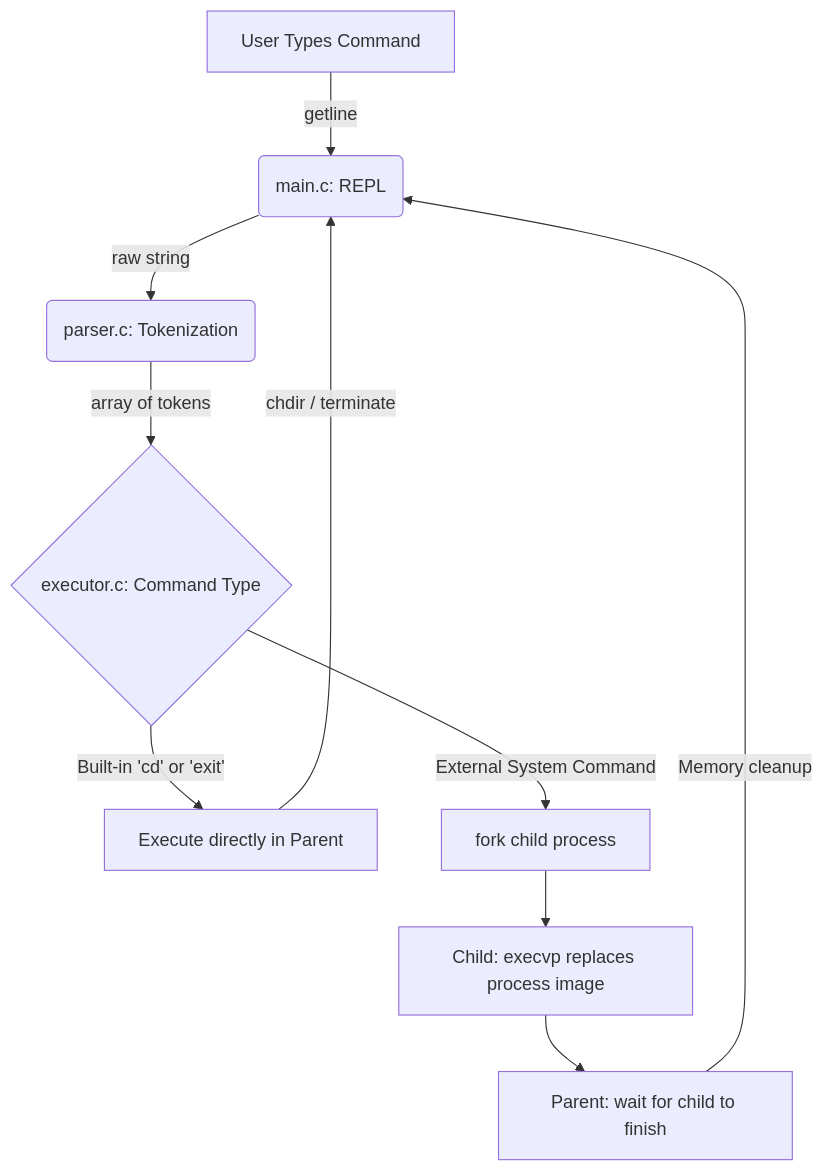
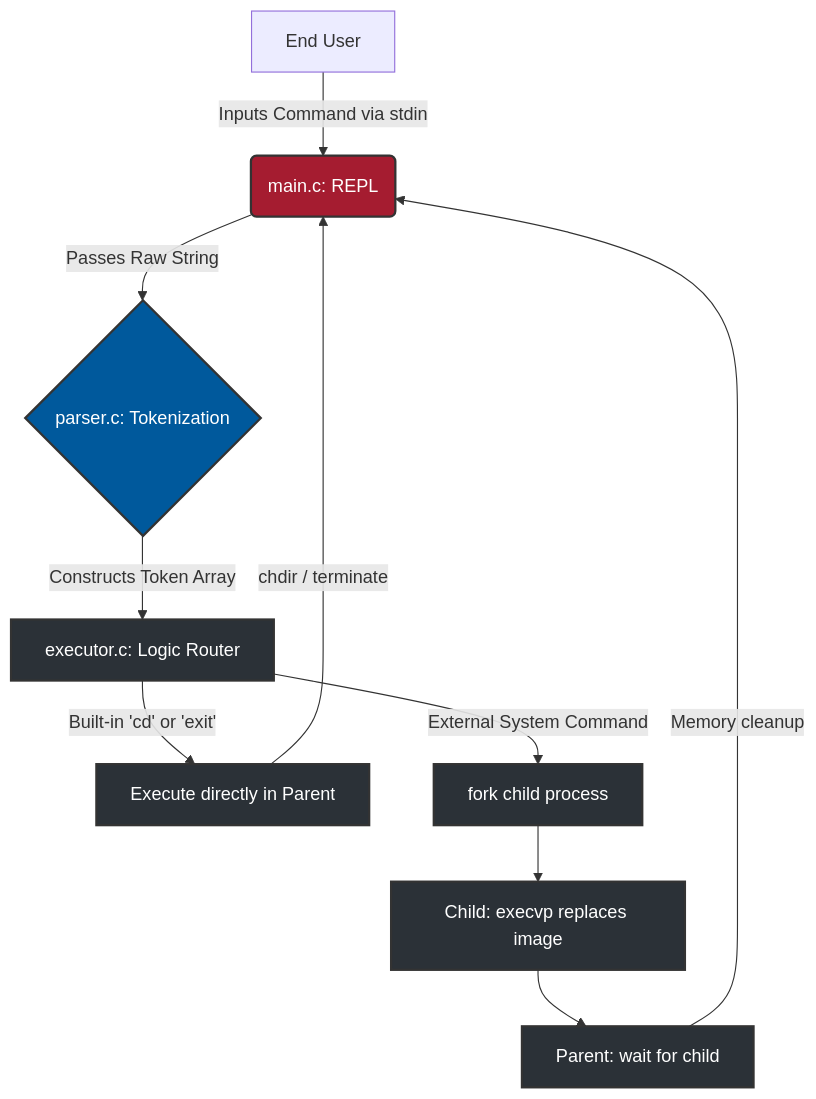
One commit to HAMED-PAYANDA/posix-c-shell changed the diagram in README.md. Above: the diagram before and after it, drawn with Mermaid. The commit also changed other lines of this file, not shown here.

````diff
--- a/README.md
+++ b/README.md
@@ -40,14 +33,21 @@
 ```mermaid
 graph TD
-    A[User Types Command] -->|getline| B(main.c: REPL)
-    B -->|raw string| C(parser.c: Tokenization)
-    C -->|array of tokens| D{executor.c: Command Type}
-    
+    A[End User] -->|Inputs Command via stdin| B(main.c: REPL)
+    B -->|Passes Raw String| C{parser.c: Tokenization}
+    C -->|Constructs Token Array| D[executor.c: Logic Router]
     D -- Built-in 'cd' or 'exit' --> E[Execute directly in Parent]
     E -->|chdir / terminate| B
+    D -- External System Command --> F[fork child process]
+    F --> G[Child: execvp replaces image]
+    G --> H[Parent: wait for child]
+    H -->|Memory cleanup| B
     
-    D -- External System Command --> F[fork child process]
-    F --> G[Child: execvp replaces process image]
-    G --> H[Parent: wait for child to finish]
-    H -->|Memory cleanup| B
+    classDef core fill:#A51C30,stroke:#333,stroke-width:2px,color:#fff;
+    classDef parser fill:#00599C,stroke:#333,stroke-width:2px,color:#fff;
+    classDef sys fill:#2b3137,stroke:#333,stroke-width:2px,color:#fff;
+
+    
+    class B core;
+    class C parser;
+    class D,E,F,G,H sys;
 ```
````
